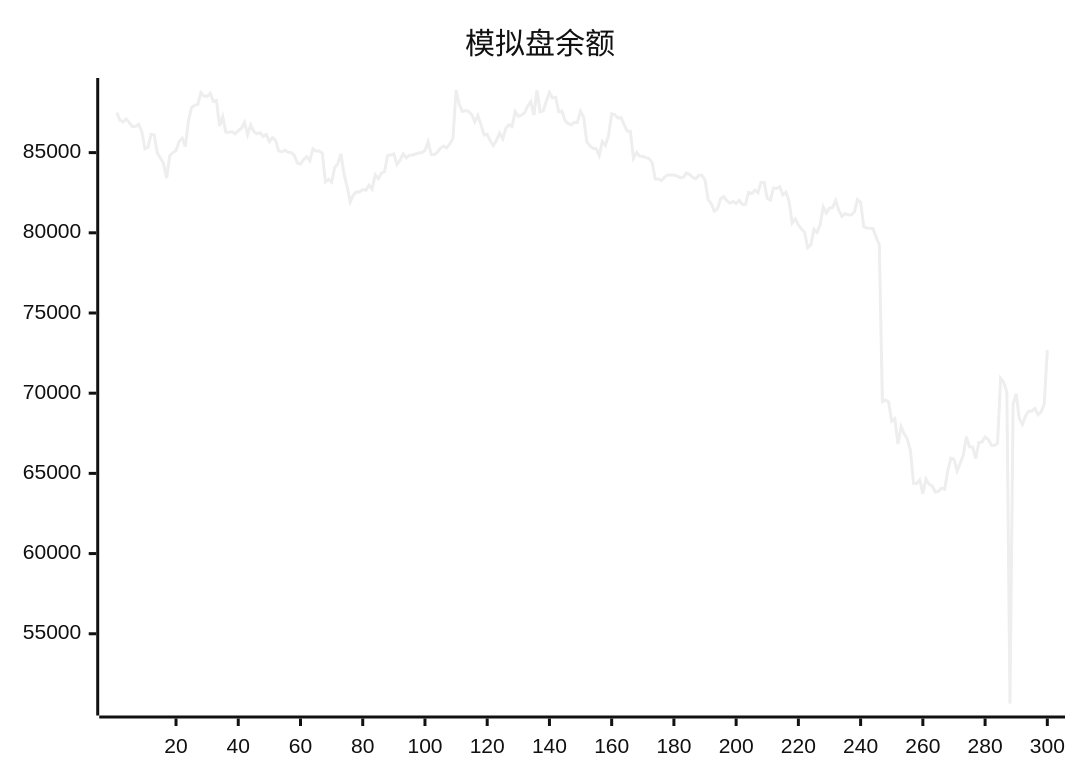
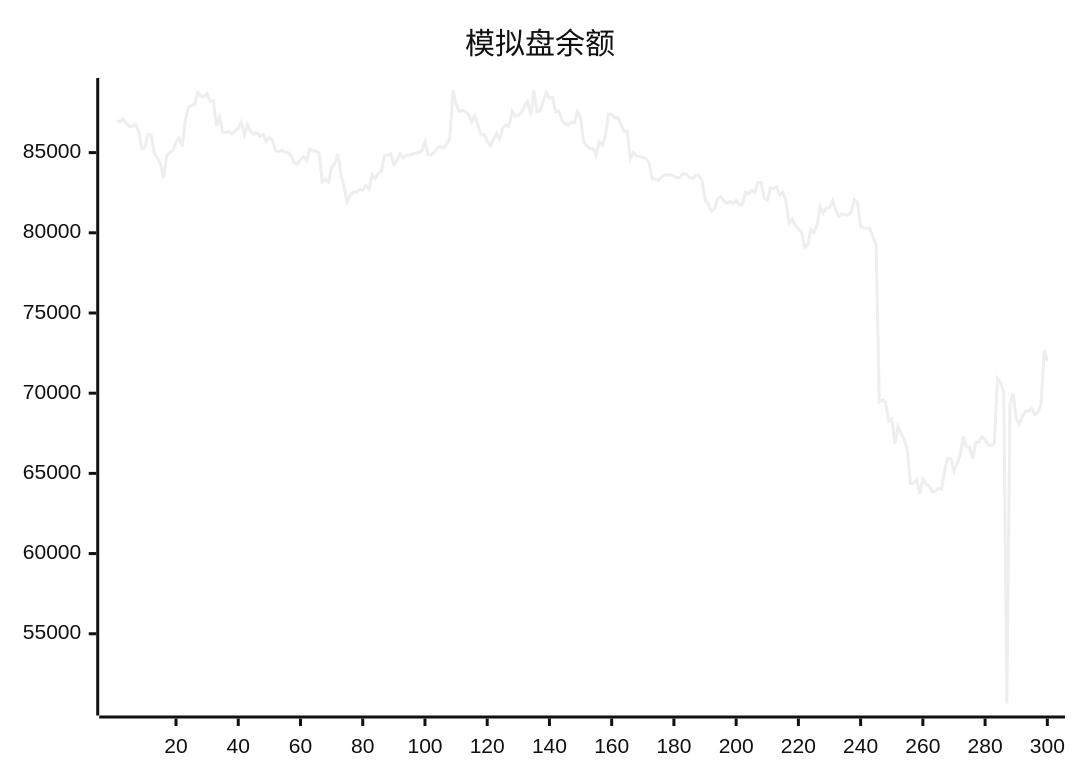
The diagram in README.md (aahl/ai-trading), drawn with Mermaid (neutral theme) before and after one commit. The commit also changed other lines of this file and 1 other file, not shown here.

````diff
--- a/README.md
+++ b/README.md
@@ -5,5 +5,5 @@
 ```mermaid
 xychart
     title "模拟盘余额"
-    line [87493,87018,86917,87102,86870,86613,86644,86758,86317,85242,85334,86149,86106,84968,84671,84302,83410,84816,85001,85127,85693,85891,85384,87001,87811,87945,88007,88734,88528,88495,88705,88189,88248,86662,87234,86279,86251,86314,86177,86364,86503,86886,86114,86731,86310,86176,86240,86017,86136,85685,85938,85749,85111,85044,85164,85016,85008,84824,84354,84287,84572,84745,84500,85234,85096,85095,84970,83180,83338,83157,84070,84309,84922,83667,82850,81924,82369,82552,82539,82695,82648,82962,82728,83619,83378,83710,83825,84819,84854,84917,84265,84527,84919,84668,84834,84850,84916,84981,85004,85131,85674,84891,84864,85019,85284,85393,85294,85538,85894,88904,88012,87567,87625,87568,87386,86920,87313,86737,86094,86143,85725,85437,85787,86219,85859,86526,86740,86630,87563,87264,87335,87483,87886,88180,87335,88894,87544,87608,88207,88755,88401,88444,87543,87608,87000,86810,86740,86894,86884,87576,87209,85686,85435,85251,85255,84820,85689,85453,86066,87420,87373,87161,87178,86740,86341,86315,84643,85012,84772,84768,84690,84635,84376,83360,83357,83259,83474,83608,83606,83602,83548,83440,83454,83724,83644,83464,83365,83590,83592,83275,82072,81806,81344,81492,82109,82254,82006,81848,81955,81829,82022,81769,81776,82522,82441,82656,82498,83144,83144,82150,82038,82797,82763,82872,82367,82536,81981,80612,80862,80484,80242,80034,79063,79245,80226,80016,80507,81625,81233,81544,81578,82016,81401,81019,81186,81130,81118,81306,82066,81909,80392,80304,80291,80258,79729,79261,69466,69579,69456,68251,68415,66832,67911,67462,67144,66432,64380,64375,64606,63740,64647,64324,64216,63842,63877,64078,64008,65156,65945,65888,65157,65625,66144,67284,66653,66639,65924,66925,66956,67263,67108,66766,66729,66886,70927,70673,70049,50652,69334,69973,68400,68061,68578,68876,68879,69055,68662,68822,69329,72687]
+    line [87018,86917,87102,86870,86613,86644,86758,86317,85242,85334,86149,86106,84968,84671,84302,83410,84816,85001,85127,85693,85891,85384,87001,87811,87945,88007,88734,88528,88495,88705,88189,88248,86662,87234,86279,86251,86314,86177,86364,86503,86886,86114,86731,86310,86176,86240,86017,86136,85685,85938,85749,85111,85044,85164,85016,85008,84824,84354,84287,84572,84745,84500,85234,85096,85095,84970,83180,83338,83157,84070,84309,84922,83667,82850,81924,82369,82552,82539,82695,82648,82962,82728,83619,83378,83710,83825,84819,84854,84917,84265,84527,84919,84668,84834,84850,84916,84981,85004,85131,85674,84891,84864,85019,85284,85393,85294,85538,85894,88904,88012,87567,87625,87568,87386,86920,87313,86737,86094,86143,85725,85437,85787,86219,85859,86526,86740,86630,87563,87264,87335,87483,87886,88180,87335,88894,87544,87608,88207,88755,88401,88444,87543,87608,87000,86810,86740,86894,86884,87576,87209,85686,85435,85251,85255,84820,85689,85453,86066,87420,87373,87161,87178,86740,86341,86315,84643,85012,84772,84768,84690,84635,84376,83360,83357,83259,83474,83608,83606,83602,83548,83440,83454,83724,83644,83464,83365,83590,83592,83275,82072,81806,81344,81492,82109,82254,82006,81848,81955,81829,82022,81769,81776,82522,82441,82656,82498,83144,83144,82150,82038,82797,82763,82872,82367,82536,81981,80612,80862,80484,80242,80034,79063,79245,80226,80016,80507,81625,81233,81544,81578,82016,81401,81019,81186,81130,81118,81306,82066,81909,80392,80304,80291,80258,79729,79261,69466,69579,69456,68251,68415,66832,67911,67462,67144,66432,64380,64375,64606,63740,64647,64324,64216,63842,63877,64078,64008,65156,65945,65888,65157,65625,66144,67284,66653,66639,65924,66925,66956,67263,67108,66766,66729,66886,70927,70673,70049,50652,69334,69973,68400,68061,68578,68876,68879,69055,68662,68822,69329,72687,71999]
 ```
````
